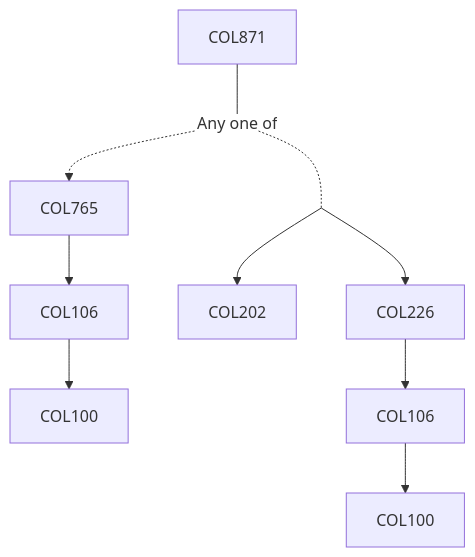
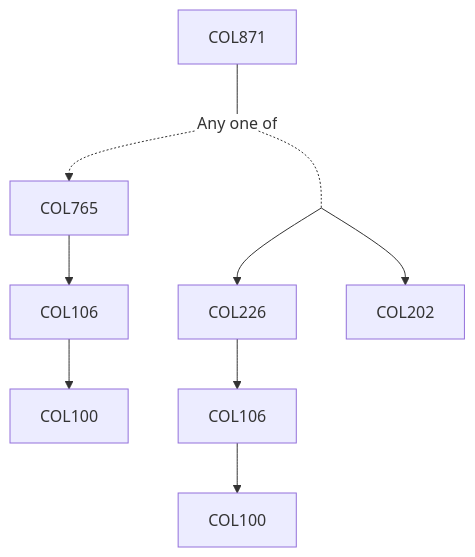
Before and after one commit to KeshavBansal0122/CoS_Website: the diagram in content/Computer Science and Engineering/COL871.md, drawn with Mermaid. The commit also changed other lines of this file and 2667 other files, not shown here.

````diff
--- a/content/Computer Science and Engineering/COL871.md
+++ b/content/Computer Science and Engineering/COL871.md
@@ -15,16 +13,16 @@
 ```mermaid
 flowchart TD
-COL871-12[COL871]
-COL871-12 --- Or13[Any one of]:::empty
-Or13 -.-> COL765-14[COL765]
-COL765-14 --> COL106-14[COL106]
-COL106-14 --> COL100-14[COL100]
-Or13 -.- and15[ ]:::trueEmpty
-and15 --> COL202-15[COL202]
-and15 --> COL226-15[COL226]
-COL226-15 --> COL106-15[COL106]
-COL106-15 --> COL100-15[COL100]
+COL871-1340[COL871]
+COL871-1340 --- Or1341[Any one of]:::empty
+Or1341 -.-> COL765-1342[COL765]
+COL106-1342 --> COL100-1342[COL100]
+COL765-1342 --> COL106-1342[COL106]
+Or1341 -.- and1343[ ]:::trueEmpty
+COL106-1343 --> COL100-1343[COL100]
+and1343 --> COL226-1343[COL226]
+and1343 --> COL202-1343[COL202]
+COL226-1343 --> COL106-1343[COL106]
 
 classDef empty height:17px, fill:transparent, stroke:transparent;
 classDef trueEmpty height:0px, width:0px;
 ```
````
